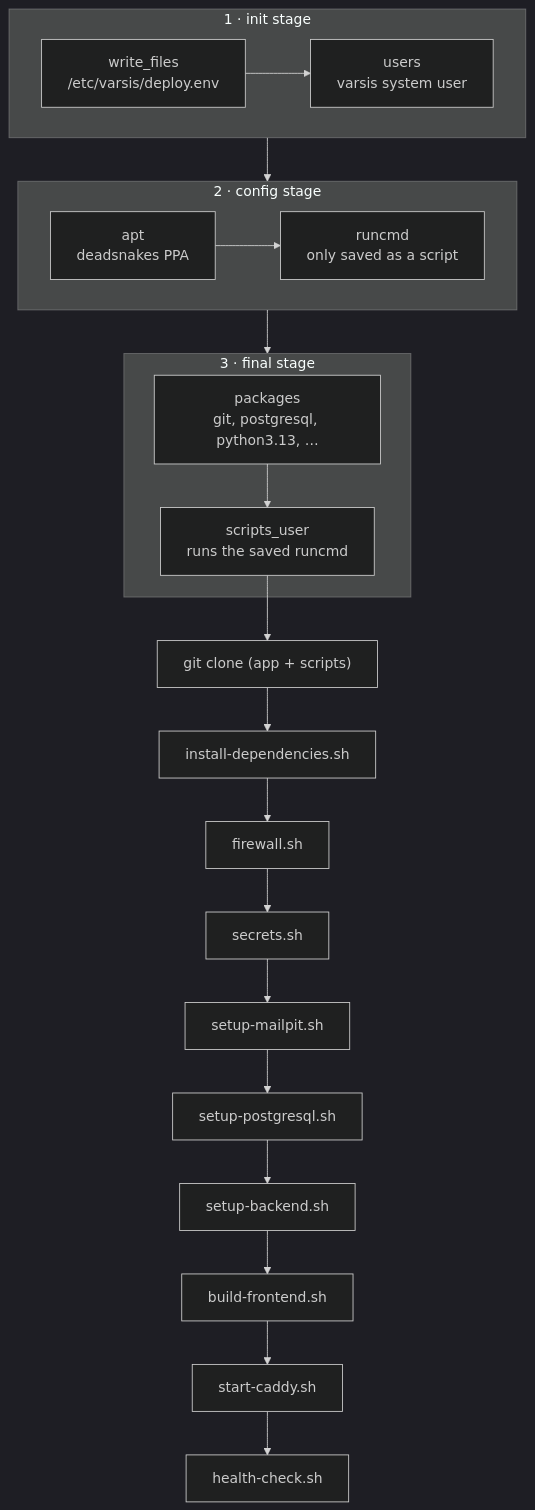
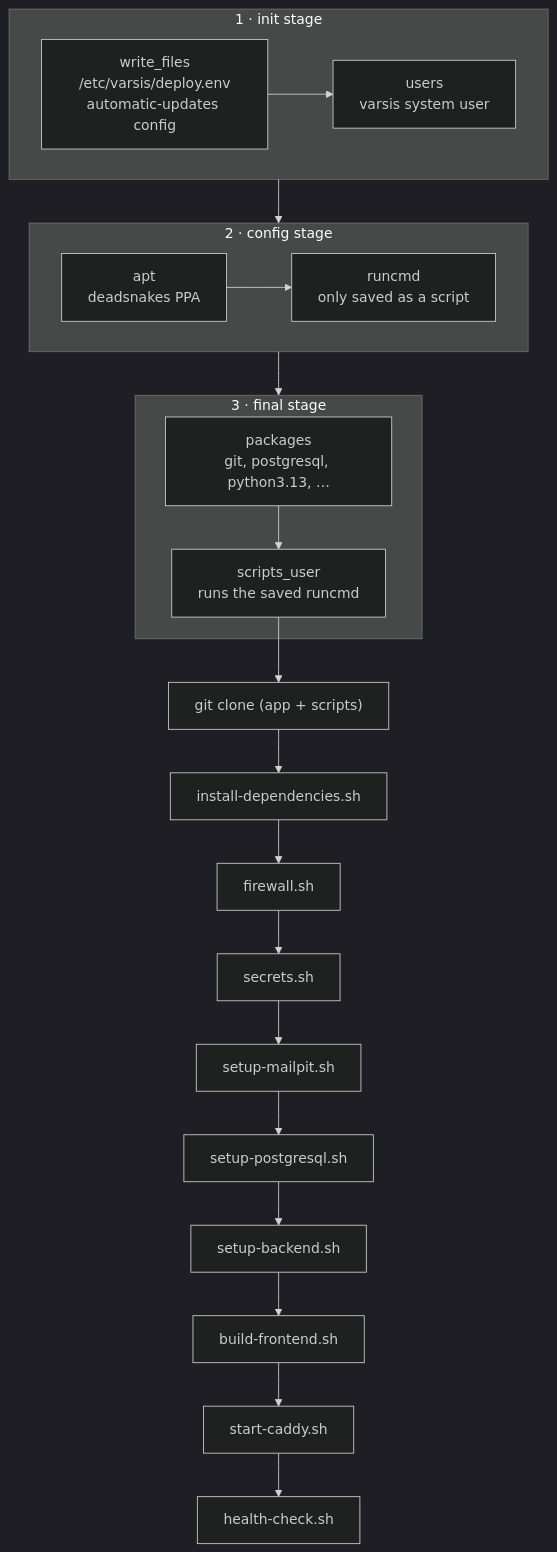
One commit to devops-fri-26/sk-33-virtualization changed the second of 2 diagrams in deploy/README.md. Above: the diagram before and after it, drawn with Mermaid (dark theme). The commit also changed other lines of this file and 3 other files, not shown here.

````diff
--- a/deploy/README.md
+++ b/deploy/README.md
@@ -161,17 +163,17 @@
 ```mermaid
 flowchart TD
     subgraph init["1 · init stage"]
-        wf["write_files<br/>/etc/varsis/deploy.env"] --> users["users<br/>varsis system user"]
+        wf["write_files<br/>/etc/varsis/deploy.env<br/>automatic-updates config"] --> users["users<br/>varsis system user"]
     end
     subgraph config["2 · config stage"]
         apt["apt<br/>deadsnakes PPA"] --> save["runcmd<br/>only saved as a script"]
     end
     subgraph final["3 · final stage"]
         pkgs["packages<br/>git, postgresql, python3.13, …"] --> run["scripts_user<br/>runs the saved runcmd"]
     end
     init --> config --> final
     run --> clone["git clone (app + scripts)"]
     clone --> s1["install-dependencies.sh"] --> s2["firewall.sh"] --> s3["secrets.sh"]
     s3 --> s4["setup-mailpit.sh"] --> s5["setup-postgresql.sh"] --> s6["setup-backend.sh"]
     s6 --> s7["build-frontend.sh"] --> s8["start-caddy.sh"] --> s9["health-check.sh"]
 ```
````
